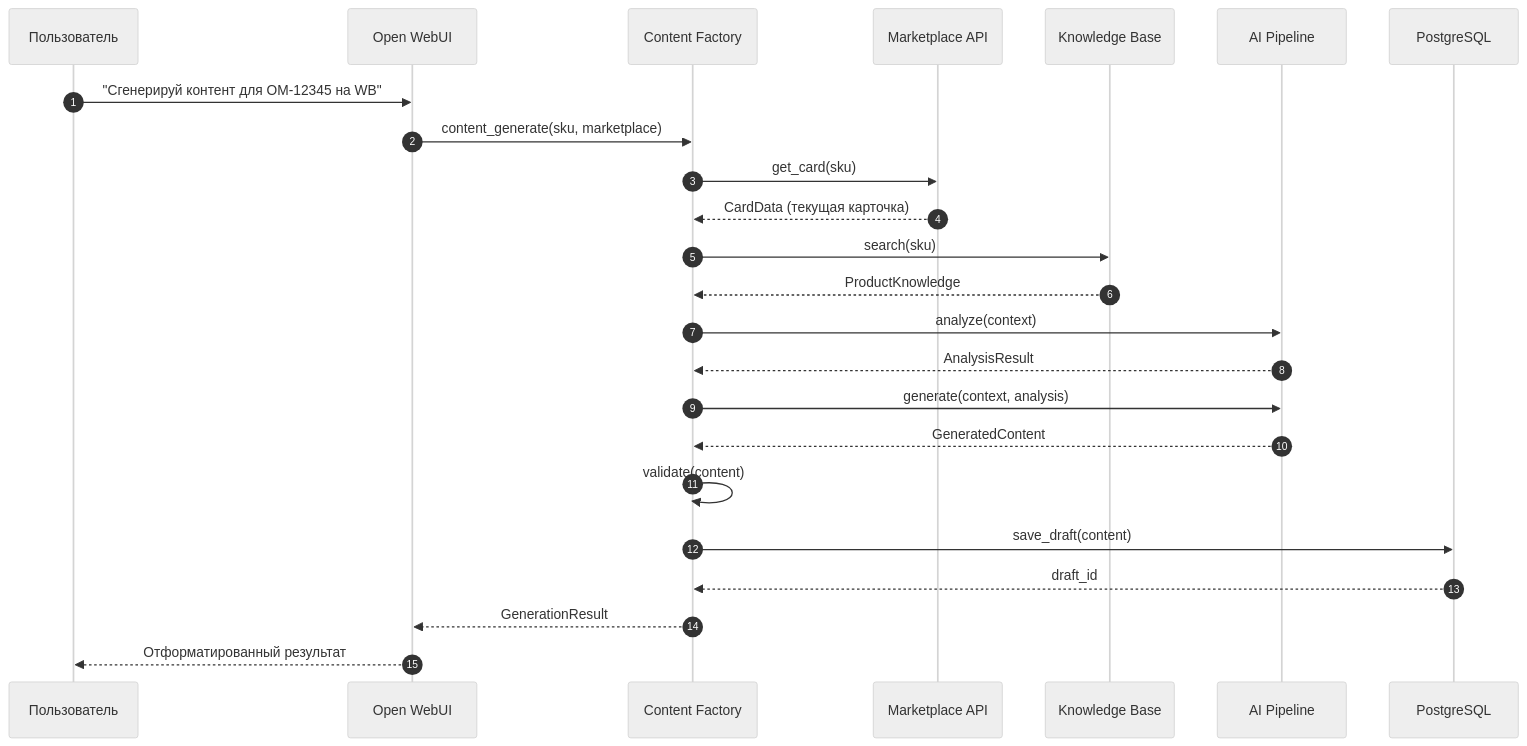
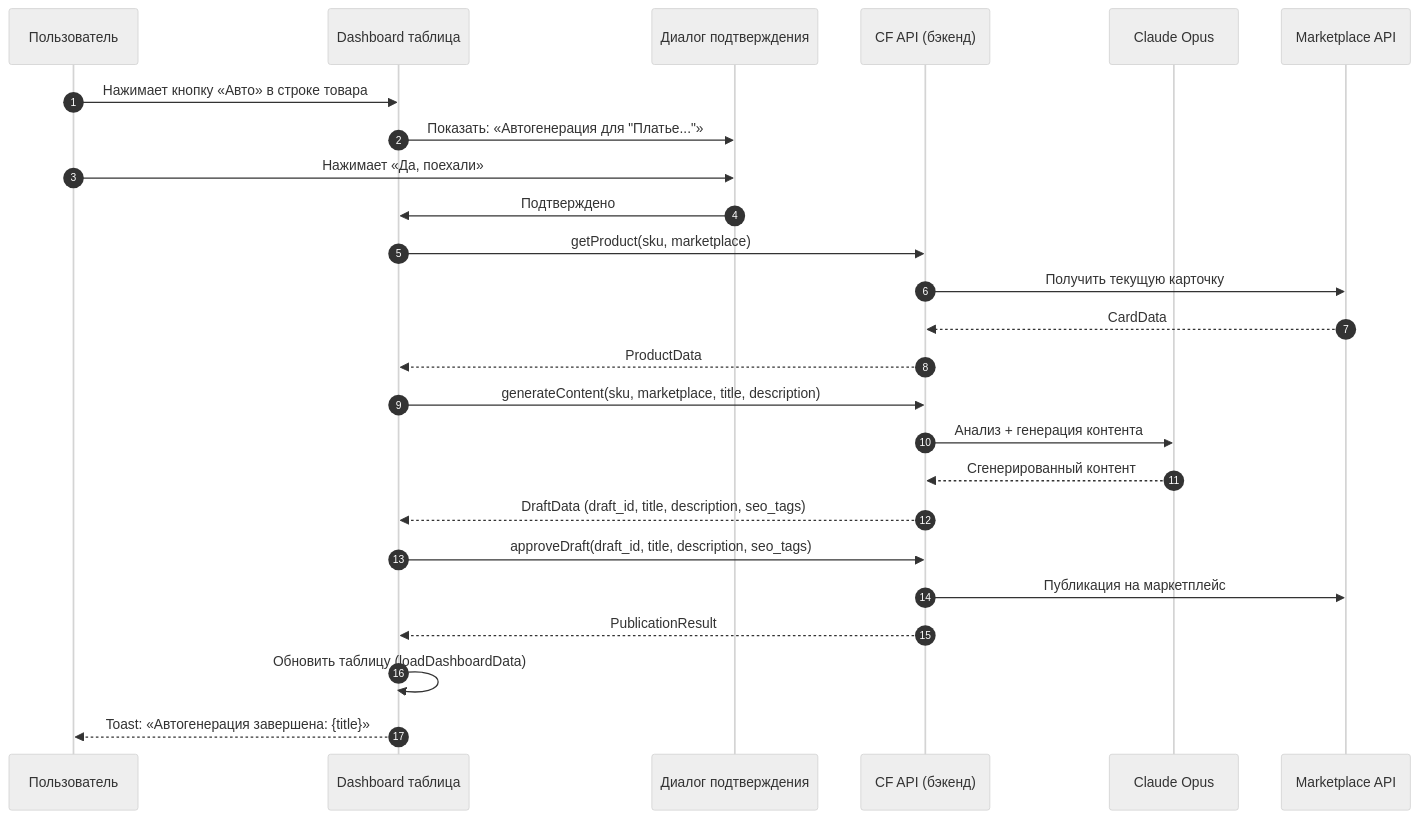
One commit to Sign25/Docs changed the first of 4 diagrams in content_factory/adolf_content_factory_6_scenarios.md. Above: the diagram before and after it, drawn with Mermaid (neutral theme). The commit also changed other lines of this file and 3 other files, not shown here.

First line of the commit message:
docs: Content Factory — обновление документации v1.1

````diff
--- a/content_factory/adolf_content_factory_6_scenarios.md
+++ b/content_factory/adolf_content_factory_6_scenarios.md
@@ -183,33 +40,32 @@
 ```mermaid
 sequenceDiagram
     autonumber
     participant U as Пользователь
-    participant OWUI as Open WebUI
-    participant CF as Content Factory
+    participant UI as Dashboard таблица
+    participant DLG as Диалог подтверждения
+    participant API as CF API (бэкенд)
+    participant AI as Claude Opus
     participant MP as Marketplace API
-    participant KB as Knowledge Base
-    participant AI as AI Pipeline
-    participant DB as PostgreSQL
 
-    U->>OWUI: "Сгенерируй контент для OM-12345 на WB"
-    OWUI->>CF: content_generate(sku, marketplace)
-    
-    CF->>MP: get_card(sku)
-    MP-->>CF: CardData (текущая карточка)
-    
-    CF->>KB: search(sku)
-    KB-->>CF: ProductKnowledge
-    
-    CF->>AI: analyze(context)
-    AI-->>CF: AnalysisResult
-    
-    CF->>AI: generate(context, analysis)
-    AI-->>CF: GeneratedContent
-    
-    CF->>CF: validate(content)
-    CF->>DB: save_draft(content)
-    DB-->>CF: draft_id
-    
-    CF-->>OWUI: GenerationResult
-    OWUI-->>U: Отформатированный результат
+    U->>UI: Нажимает кнопку «Авто» в строке товара
+    UI->>DLG: Показать: «Автогенерация для "Платье..."»
+    U->>DLG: Нажимает «Да, поехали»
+    DLG->>UI: Подтверждено
+
+    UI->>API: getProduct(sku, marketplace)
+    API->>MP: Получить текущую карточку
+    MP-->>API: CardData
+    API-->>UI: ProductData
+
+    UI->>API: generateContent(sku, marketplace, title, description)
+    API->>AI: Анализ + генерация контента
+    AI-->>API: Сгенерированный контент
+    API-->>UI: DraftData (draft_id, title, description, seo_tags)
+
+    UI->>API: approveDraft(draft_id, title, description, seo_tags)
+    API->>MP: Публикация на маркетплейс
+    API-->>UI: PublicationResult
+
+    UI->>UI: Обновить таблицу (loadDashboardData)
+    UI-->>U: Toast: «Автогенерация завершена: {title}»
 ```
````
